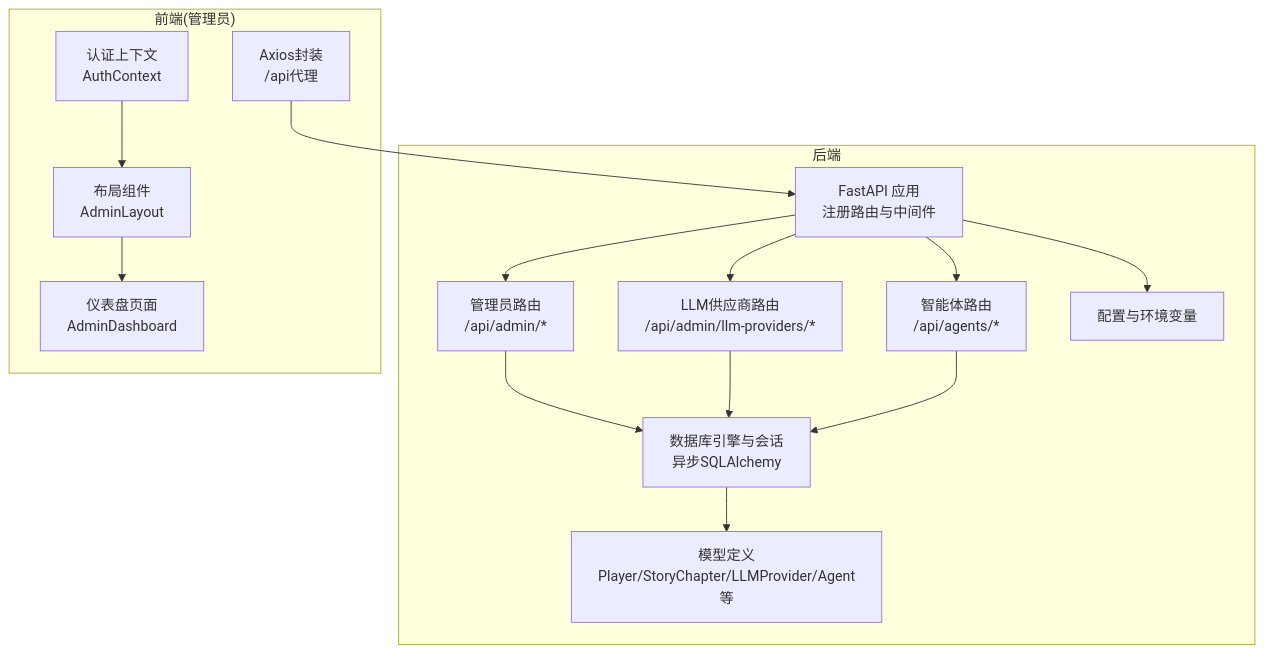
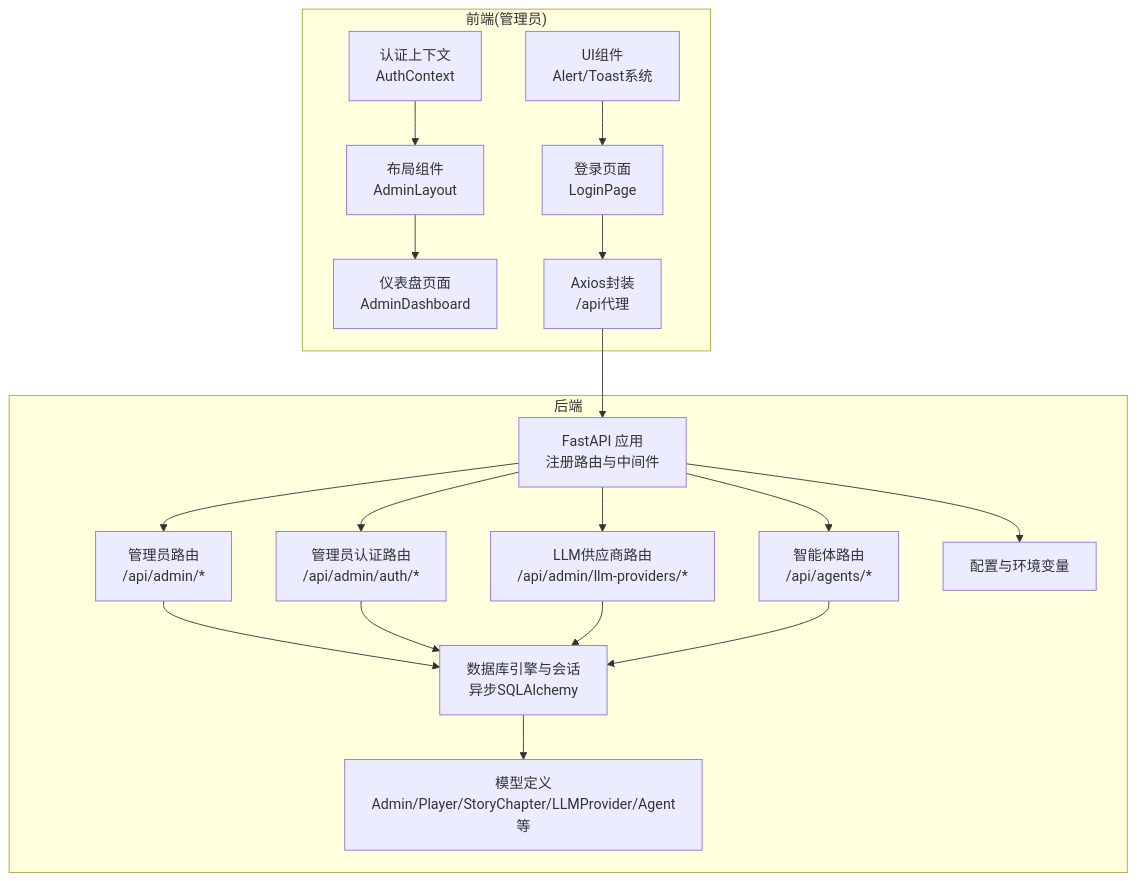
The first of 9 diagrams in .qoder/repowiki/zh/content/API接口文档/管理员API.md (KunLabAI/KunFlix), drawn with Mermaid before and after one commit. The commit also changed other lines of this file and 25 other files, not shown here.

First line of the commit message:
feat(admin-auth): 新增管理员认证模块及登录界面优化

````diff
--- a/.qoder/repowiki/zh/content/API接口文档/管理员API.md
+++ b/.qoder/repowiki/zh/content/API接口文档/管理员API.md
@@ -37,29 +45,36 @@
 ```mermaid
 graph TB
 subgraph "后端"
 A["FastAPI 应用<br/>注册路由与中间件"]
 B["管理员路由<br/>/api/admin/*"]
-C["LLM供应商路由<br/>/api/admin/llm-providers/*"]
-D["智能体路由<br/>/api/agents/*"]
-E["数据库引擎与会话<br/>异步SQLAlchemy"]
-F["模型定义<br/>Player/StoryChapter/LLMProvider/Agent等"]
-G["配置与环境变量"]
+C["管理员认证路由<br/>/api/admin/auth/*"]
+D["LLM供应商路由<br/>/api/admin/llm-providers/*"]
+E["智能体路由<br/>/api/agents/*"]
+F["数据库引擎与会话<br/>异步SQLAlchemy"]
+G["模型定义<br/>Admin/Player/StoryChapter/LLMProvider/Agent等"]
+H["配置与环境变量"]
 end
 subgraph "前端(管理员)"
-H["认证上下文<br/>AuthContext"]
-I["布局组件<br/>AdminLayout"]
-J["仪表盘页面<br/>AdminDashboard"]
-K["Axios封装<br/>/api代理"]
+I["认证上下文<br/>AuthContext"]
+J["布局组件<br/>AdminLayout"]
+K["仪表盘页面<br/>AdminDashboard"]
+L["登录页面<br/>LoginPage"]
+M["Axios封装<br/>/api代理"]
+N["UI组件<br/>Alert/Toast系统"]
 end
 A --> B
 A --> C
 A --> D
-B --> E
-C --> E
-D --> E
+A --> E
+B --> F
+C --> F
+D --> F
 E --> F
-A --> G
-H --> I
+F --> G
+A --> H
 I --> J
-K --> A
+J --> K
+L --> M
+M --> A
+N --> L
 ```
````
